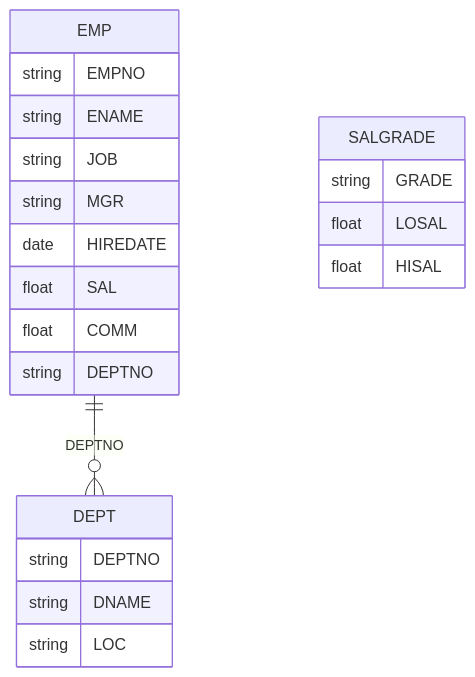
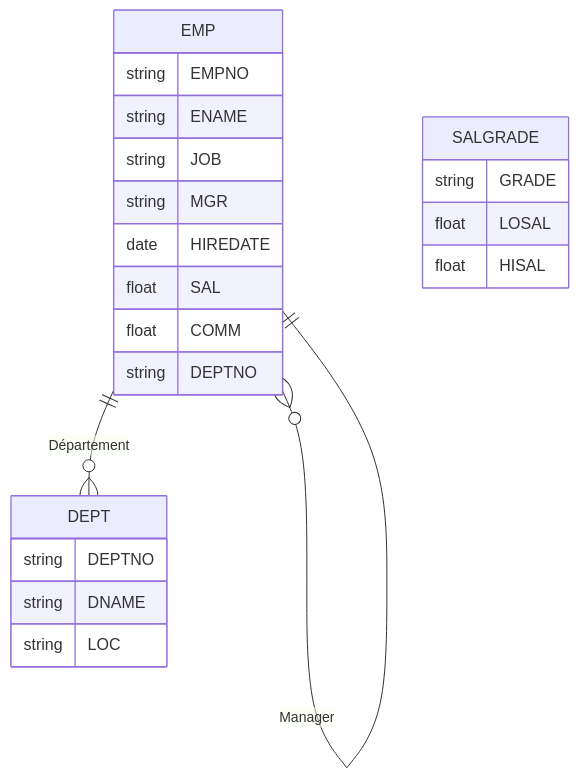
Before and after one commit to erralb/bdd: the diagram in src/content/files/employes-mermaid.md, drawn with Mermaid. The commit also changed 1 other file, not shown here.

Commit message:
Content : Employes update

````diff
--- a/src/content/files/employes-mermaid.md
+++ b/src/content/files/employes-mermaid.md
@@ -1,29 +1,30 @@
 ```mermaid
 erDiagram
 
 EMP {
   string EMPNO
   string ENAME
   string JOB
   string MGR
   date HIREDATE
   float SAL
   float COMM
   string DEPTNO
 }
 
 DEPT {
   string DEPTNO
   string DNAME
   string LOC
 }
 
 SALGRADE {
   string GRADE
   float LOSAL
   float HISAL
 }
 
-EMP ||--o{ DEPT : "DEPTNO"
+EMP }o--|| EMP : "Manager"
+EMP ||--o{ DEPT : "Département"
 
 ```
````
